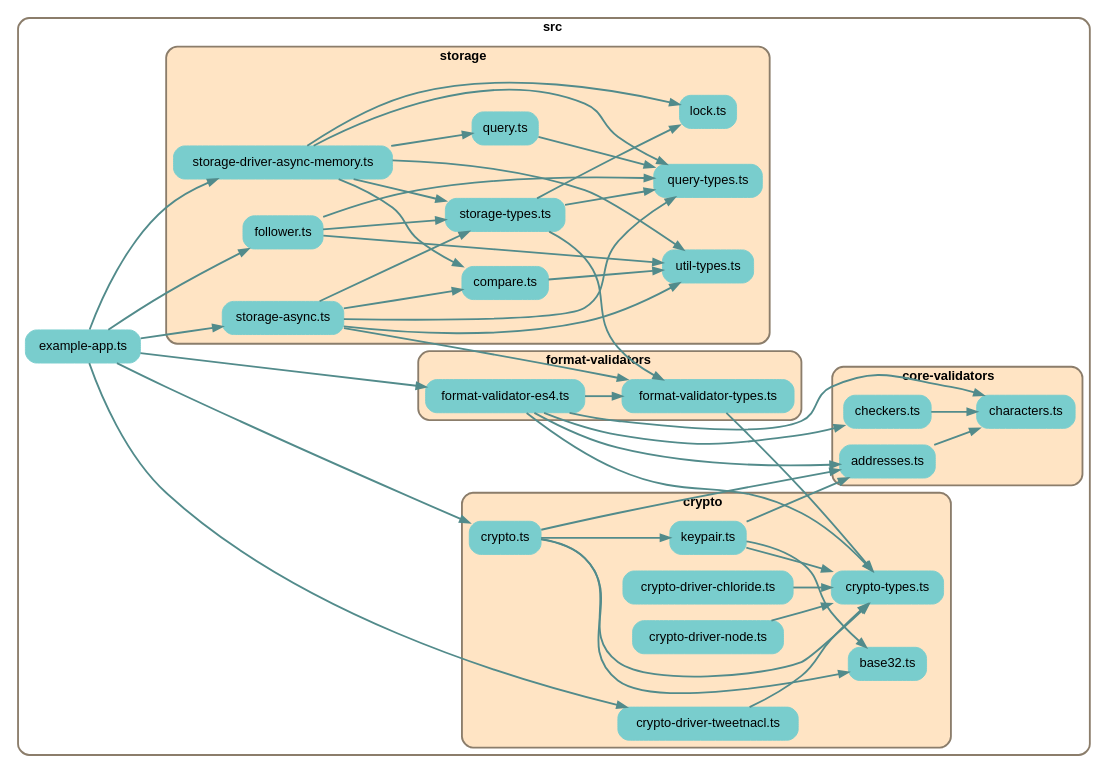
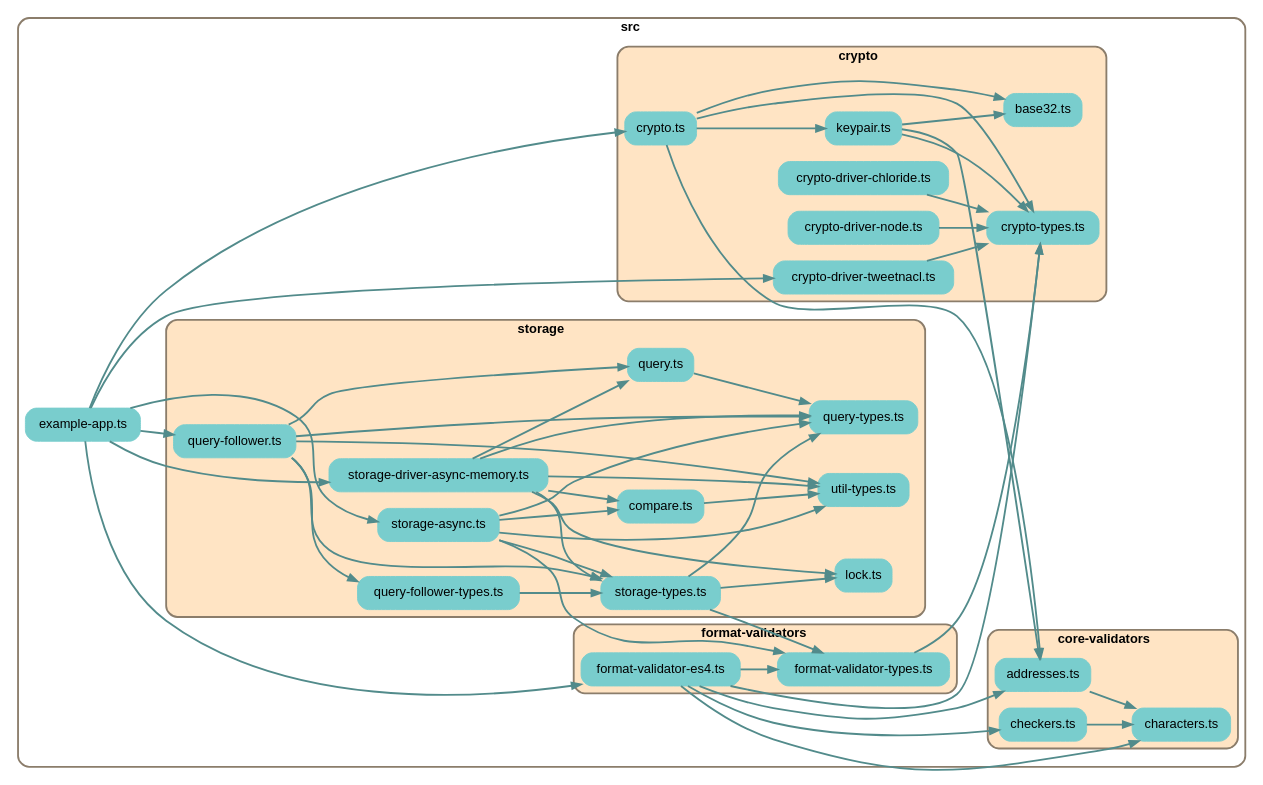
One commit to earthstar-project/earthstar changed the diagram in depchart/depchart-main.dot. Above: the diagram before and after it, drawn with Graphviz. The commit also changed 8 other files, not shown here.

```diff
--- a/depchart/depchart-main.dot
+++ b/depchart/depchart-main.dot
@@ -1,126 +1,130 @@
 
 digraph G {
     //splines=line;
     //splines=polyline;
     splines=true;
     rankdir=LR;
     //newrank=true;
     compound=true;
     graph [fontname = "helvetica"];  // dpi=72
     node [fontname = "helvetica"];
     edge [fontname = "helvetica"];
     
     // files in their folder clusters
 
-    subgraph cluster7226582756 {
+    subgraph cluster5283925628 {
         label=<<b>src</b>>;
         style="rounded";
         color=bisque4;
         penwidth=2;
                     
         "src/example-app.ts" [label="example-app.ts", shape=rectangle; style="rounded,filled"; color=darkslategray3];
 
-        subgraph cluster9578056515 {
+        subgraph cluster2403726625 {
             label=<<b>core-validators</b>>;
             style="rounded,filled";
             fillcolor=bisque;
             color=bisque4;
             penwidth=2;
                     
             "src/core-validators/addresses.ts" [label="addresses.ts", shape=rectangle; style="rounded,filled"; color=darkslategray3];
             "src/core-validators/characters.ts" [label="characters.ts", shape=rectangle; style="rounded,filled"; color=darkslategray3];
             "src/core-validators/checkers.ts" [label="checkers.ts", shape=rectangle; style="rounded,filled"; color=darkslategray3];
         }
 
-        subgraph cluster5374325241 {
+        subgraph cluster9642433281 {
             label=<<b>crypto</b>>;
             style="rounded,filled";
             fillcolor=bisque;
             color=bisque4;
             penwidth=2;
                     
             "src/crypto/base32.ts" [label="base32.ts", shape=rectangle; style="rounded,filled"; color=darkslategray3];
             "src/crypto/crypto-driver-chloride.ts" [label="crypto-driver-chloride.ts", shape=rectangle; style="rounded,filled"; color=darkslategray3];
             "src/crypto/crypto-driver-node.ts" [label="crypto-driver-node.ts", shape=rectangle; style="rounded,filled"; color=darkslategray3];
             "src/crypto/crypto-driver-tweetnacl.ts" [label="crypto-driver-tweetnacl.ts", shape=rectangle; style="rounded,filled"; color=darkslategray3];
             "src/crypto/crypto-types.ts" [label="crypto-types.ts", shape=rectangle; style="rounded,filled"; color=darkslategray3];
             "src/crypto/crypto.ts" [label="crypto.ts", shape=rectangle; style="rounded,filled"; color=darkslategray3];
             "src/crypto/keypair.ts" [label="keypair.ts", shape=rectangle; style="rounded,filled"; color=darkslategray3];
         }
 
-        subgraph cluster7245130267 {
+        subgraph cluster5170774827 {
             label=<<b>format-validators</b>>;
             style="rounded,filled";
             fillcolor=bisque;
             color=bisque4;
             penwidth=2;
                     
             "src/format-validators/format-validator-es4.ts" [label="format-validator-es4.ts", shape=rectangle; style="rounded,filled"; color=darkslategray3];
             "src/format-validators/format-validator-types.ts" [label="format-validator-types.ts", shape=rectangle; style="rounded,filled"; color=darkslategray3];
         }
 
-        subgraph cluster9110593617 {
+        subgraph cluster4488928319 {
             label=<<b>storage</b>>;
             style="rounded,filled";
             fillcolor=bisque;
             color=bisque4;
             penwidth=2;
                     
             "src/storage/compare.ts" [label="compare.ts", shape=rectangle; style="rounded,filled"; color=darkslategray3];
-            "src/storage/follower.ts" [label="follower.ts", shape=rectangle; style="rounded,filled"; color=darkslategray3];
             "src/storage/lock.ts" [label="lock.ts", shape=rectangle; style="rounded,filled"; color=darkslategray3];
+            "src/storage/query-follower-types.ts" [label="query-follower-types.ts", shape=rectangle; style="rounded,filled"; color=darkslategray3];
+            "src/storage/query-follower.ts" [label="query-follower.ts", shape=rectangle; style="rounded,filled"; color=darkslategray3];
             "src/storage/query-types.ts" [label="query-types.ts", shape=rectangle; style="rounded,filled"; color=darkslategray3];
             "src/storage/query.ts" [label="query.ts", shape=rectangle; style="rounded,filled"; color=darkslategray3];
             "src/storage/storage-async.ts" [label="storage-async.ts", shape=rectangle; style="rounded,filled"; color=darkslategray3];
             "src/storage/storage-driver-async-memory.ts" [label="storage-driver-async-memory.ts", shape=rectangle; style="rounded,filled"; color=darkslategray3];
             "src/storage/storage-types.ts" [label="storage-types.ts", shape=rectangle; style="rounded,filled"; color=darkslategray3];
             "src/storage/util-types.ts" [label="util-types.ts", shape=rectangle; style="rounded,filled"; color=darkslategray3];
         }
     }
 
     // edges between files
     "src/core-validators/addresses.ts" -> "src/core-validators/characters.ts" [penwidth=2; color=darkslategray4];
     "src/core-validators/checkers.ts" -> "src/core-validators/characters.ts" [penwidth=2; color=darkslategray4];
     "src/crypto/crypto-driver-chloride.ts" -> "src/crypto/crypto-types.ts" [penwidth=2; color=darkslategray4];
     "src/crypto/crypto-driver-node.ts" -> "src/crypto/crypto-types.ts" [penwidth=2; color=darkslategray4];
     "src/crypto/crypto-driver-tweetnacl.ts" -> "src/crypto/crypto-types.ts" [penwidth=2; color=darkslategray4];
     "src/crypto/crypto.ts" -> "src/crypto/crypto-types.ts" [penwidth=2; color=darkslategray4];
     "src/crypto/crypto.ts" -> "src/crypto/base32.ts" [penwidth=2; color=darkslategray4];
     "src/crypto/crypto.ts" -> "src/crypto/keypair.ts" [penwidth=2; color=darkslategray4];
     "src/crypto/crypto.ts" -> "src/core-validators/addresses.ts" [penwidth=2; color=darkslategray4];
     "src/crypto/keypair.ts" -> "src/crypto/base32.ts" [penwidth=2; color=darkslategray4];
     "src/crypto/keypair.ts" -> "src/crypto/crypto-types.ts" [penwidth=2; color=darkslategray4];
     "src/crypto/keypair.ts" -> "src/core-validators/addresses.ts" [penwidth=2; color=darkslategray4];
     "src/example-app.ts" -> "src/format-validators/format-validator-es4.ts" [penwidth=2; color=darkslategray4];
     "src/example-app.ts" -> "src/storage/storage-driver-async-memory.ts" [penwidth=2; color=darkslategray4];
     "src/example-app.ts" -> "src/storage/storage-async.ts" [penwidth=2; color=darkslategray4];
-    "src/example-app.ts" -> "src/storage/follower.ts" [penwidth=2; color=darkslategray4];
     "src/example-app.ts" -> "src/crypto/crypto.ts" [penwidth=2; color=darkslategray4];
     "src/example-app.ts" -> "src/crypto/crypto-driver-tweetnacl.ts" [penwidth=2; color=darkslategray4];
+    "src/example-app.ts" -> "src/storage/query-follower.ts" [penwidth=2; color=darkslategray4];
     "src/format-validators/format-validator-es4.ts" -> "src/format-validators/format-validator-types.ts" [penwidth=2; color=darkslategray4];
     "src/format-validators/format-validator-es4.ts" -> "src/crypto/crypto-types.ts" [penwidth=2; color=darkslategray4];
     "src/format-validators/format-validator-es4.ts" -> "src/core-validators/characters.ts" [penwidth=2; color=darkslategray4];
     "src/format-validators/format-validator-es4.ts" -> "src/core-validators/checkers.ts" [penwidth=2; color=darkslategray4];
     "src/format-validators/format-validator-es4.ts" -> "src/core-validators/addresses.ts" [penwidth=2; color=darkslategray4];
     "src/format-validators/format-validator-types.ts" -> "src/crypto/crypto-types.ts" [penwidth=2; color=darkslategray4];
     "src/storage/compare.ts" -> "src/storage/util-types.ts" [penwidth=2; color=darkslategray4];
-    "src/storage/follower.ts" -> "src/storage/util-types.ts" [penwidth=2; color=darkslategray4];
-    "src/storage/follower.ts" -> "src/storage/query-types.ts" [penwidth=2; color=darkslategray4];
-    "src/storage/follower.ts" -> "src/storage/storage-types.ts" [penwidth=2; color=darkslategray4];
+    "src/storage/query-follower-types.ts" -> "src/storage/storage-types.ts" [penwidth=2; color=darkslategray4];
+    "src/storage/query-follower.ts" -> "src/storage/util-types.ts" [penwidth=2; color=darkslategray4];
+    "src/storage/query-follower.ts" -> "src/storage/query-types.ts" [penwidth=2; color=darkslategray4];
+    "src/storage/query-follower.ts" -> "src/storage/storage-types.ts" [penwidth=2; color=darkslategray4];
+    "src/storage/query-follower.ts" -> "src/storage/query.ts" [penwidth=2; color=darkslategray4];
+    "src/storage/query-follower.ts" -> "src/storage/query-follower-types.ts" [penwidth=2; color=darkslategray4];
     "src/storage/query.ts" -> "src/storage/query-types.ts" [penwidth=2; color=darkslategray4];
     "src/storage/storage-async.ts" -> "src/storage/util-types.ts" [penwidth=2; color=darkslategray4];
     "src/storage/storage-async.ts" -> "src/storage/query-types.ts" [penwidth=2; color=darkslategray4];
     "src/storage/storage-async.ts" -> "src/storage/storage-types.ts" [penwidth=2; color=darkslategray4];
     "src/storage/storage-async.ts" -> "src/format-validators/format-validator-types.ts" [penwidth=2; color=darkslategray4];
     "src/storage/storage-async.ts" -> "src/storage/compare.ts" [penwidth=2; color=darkslategray4];
     "src/storage/storage-driver-async-memory.ts" -> "src/storage/util-types.ts" [penwidth=2; color=darkslategray4];
     "src/storage/storage-driver-async-memory.ts" -> "src/storage/query-types.ts" [penwidth=2; color=darkslategray4];
     "src/storage/storage-driver-async-memory.ts" -> "src/storage/storage-types.ts" [penwidth=2; color=darkslategray4];
     "src/storage/storage-driver-async-memory.ts" -> "src/storage/compare.ts" [penwidth=2; color=darkslategray4];
     "src/storage/storage-driver-async-memory.ts" -> "src/storage/query.ts" [penwidth=2; color=darkslategray4];
     "src/storage/storage-driver-async-memory.ts" -> "src/storage/lock.ts" [penwidth=2; color=darkslategray4];
     "src/storage/storage-types.ts" -> "src/storage/query-types.ts" [penwidth=2; color=darkslategray4];
     "src/storage/storage-types.ts" -> "src/format-validators/format-validator-types.ts" [penwidth=2; color=darkslategray4];
     "src/storage/storage-types.ts" -> "src/storage/lock.ts" [penwidth=2; color=darkslategray4];
 
 }
```
